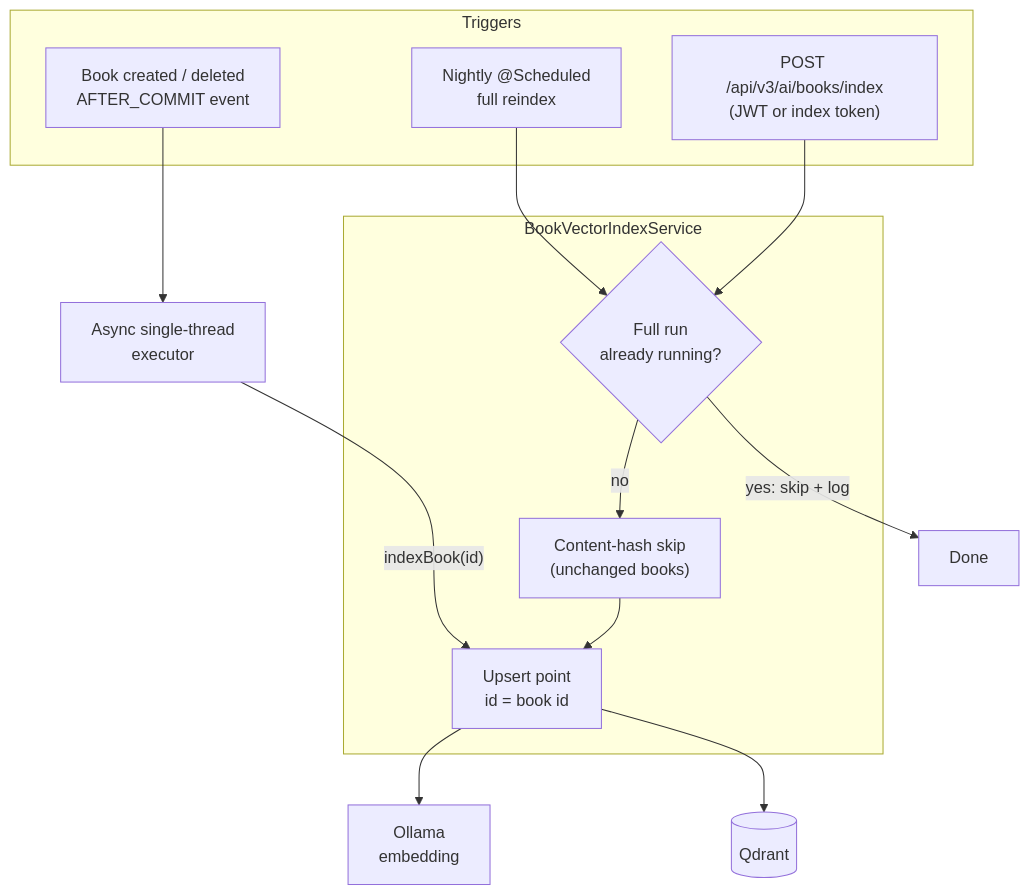
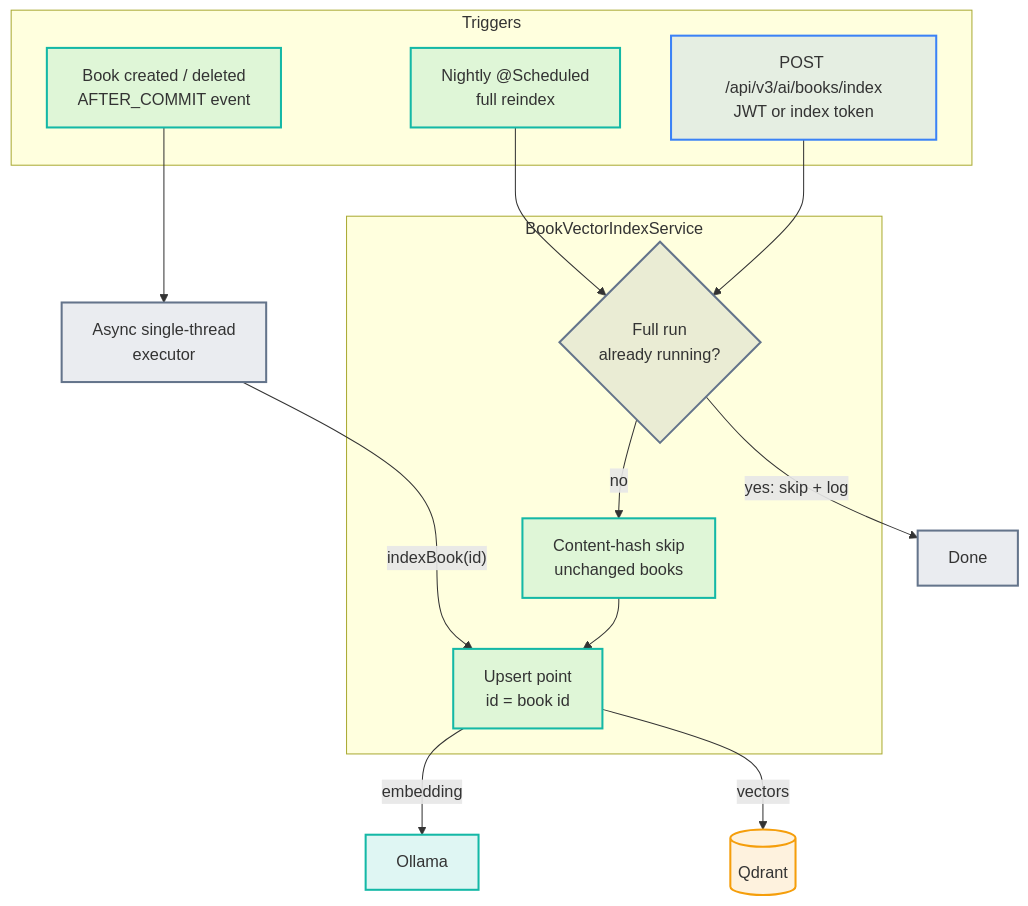
One commit to daniellaera/spring-angular-book-management changed the first of 2 diagrams in docs/AI.md. Above: the diagram before and after it, drawn with Mermaid.

Commit message:
Docs: apply shared diagram styling to the indexing flowchart

````diff
--- a/docs/AI.md
+++ b/docs/AI.md
@@ -114,23 +114,28 @@
 ```mermaid
 flowchart TB
     subgraph Triggers
-        S["Nightly @Scheduled<br/>full reindex"]
-        E["Book created / deleted<br/>AFTER_COMMIT event"]
-        X["POST /api/v3/ai/books/index<br/>(JWT or index token)"]
+        S["Nightly @Scheduled<br/>full reindex"]:::ai
+        E["Book created / deleted<br/>AFTER_COMMIT event"]:::ai
+        X["POST /api/v3/ai/books/index<br/>JWT or index token"]:::crud
     end
-    EX["Async single-thread<br/>executor"]
+    EX["Async single-thread<br/>executor"]:::edge
     E --> EX
     subgraph SVC["BookVectorIndexService"]
-        G{"Full run<br/>already running?"}
-        H["Content-hash skip<br/>(unchanged books)"]
-        U["Upsert point<br/>id = book id"]
+        G{"Full run<br/>already running?"}:::edge
+        H["Content-hash skip<br/>unchanged books"]:::ai
+        U["Upsert point<br/>id = book id"]:::ai
     end
     S --> G
     X --> G
-    G -- "yes: skip + log" --> Z["Done"]
+    G -- "yes: skip + log" --> Z["Done"]:::edge
     G -- "no" --> H
     EX -- "indexBook(id)" --> U
     H --> U
-    U --> O["Ollama<br/>embedding"]
-    U --> Q[("Qdrant")]
+    U -- "embedding" --> O["Ollama"]:::ai
+    U -- "vectors" --> Q[("Qdrant")]:::data
+
+    classDef edge fill:#64748b22,stroke:#64748b,stroke-width:2px
+    classDef crud fill:#3b82f622,stroke:#3b82f6,stroke-width:2px
+    classDef data fill:#f59e0b22,stroke:#f59e0b,stroke-width:2px
+    classDef ai fill:#14b8a622,stroke:#14b8a6,stroke-width:2px
 ```
````
